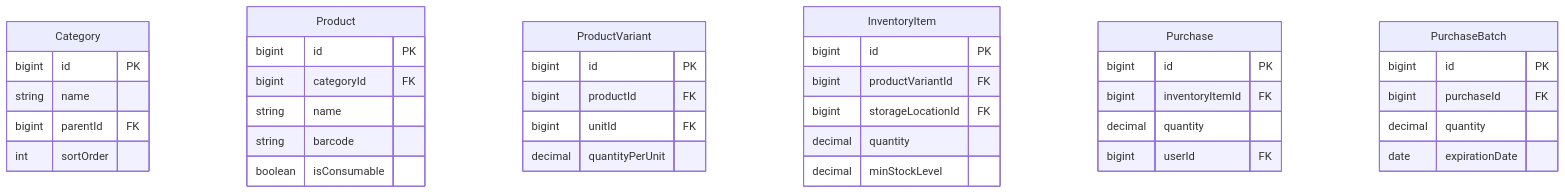
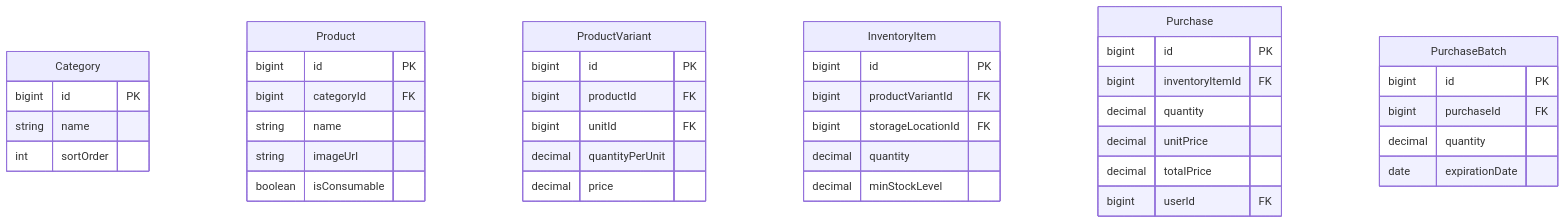
Before and after one commit to wukdddang/home-inventory-manager: the third of 4 diagrams in backend/docs/entity-logical-design.md, drawn with Mermaid. The commit also changed other lines of this file and 5 other files, not shown here.

````diff
--- a/backend/docs/entity-logical-design.md
+++ b/backend/docs/entity-logical-design.md
@@ -87,41 +86,43 @@
 ```mermaid
 erDiagram
     Category {
         bigint id PK
         string name
-        bigint parentId FK
         int sortOrder
     }
     Product {
         bigint id PK
         bigint categoryId FK
         string name
-        string barcode
+        string imageUrl
         boolean isConsumable
     }
     ProductVariant {
         bigint id PK
         bigint productId FK
         bigint unitId FK
         decimal quantityPerUnit
+        decimal price
     }
     InventoryItem {
         bigint id PK
         bigint productVariantId FK
         bigint storageLocationId FK
         decimal quantity
         decimal minStockLevel
     }
     Purchase {
         bigint id PK
         bigint inventoryItemId FK
         decimal quantity
+        decimal unitPrice
+        decimal totalPrice
         bigint userId FK
     }
     PurchaseBatch {
         bigint id PK
         bigint purchaseId FK
         decimal quantity
         date expirationDate
     }
 ```
````
